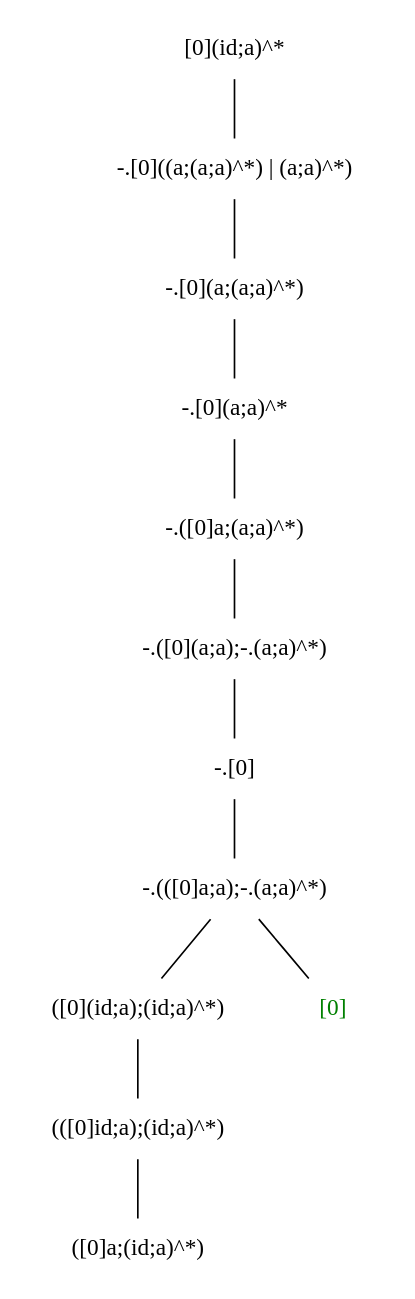
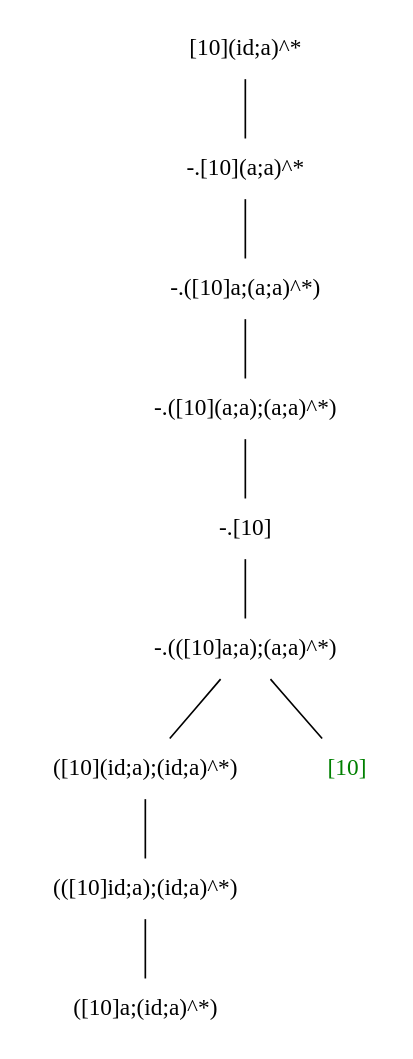
Before and after one commit to jangreen/rat: the diagram in dnf.dot, drawn with Graphviz. The commit also changed 15 other files, not shown here.

```diff
--- a/dnf.dot
+++ b/dnf.dot
@@ -1,26 +1,22 @@
 graph {
 node[shape="plaintext"]
-N0x7fdc50804178[label="[0](id;a)^*"];
-N0x7fdc508041e8[label="-.[0]((a;(a;a)^*) | (a;a)^*)"];
-N0x7fdc50804338[label="-.[0](a;(a;a)^*)"];
-N0x7fdc508043a8[label="-.[0](a;a)^*"];
-N0x7fdc50804568[label="-.([0]a;(a;a)^*)"];
-N0x7fdc50804798[label="-.([0](a;a);-.(a;a)^*)"];
-N0x7fdc50804808[label="-.[0]"];
-N0x7fdc50804a38[label="-.(([0]a;a);-.(a;a)^*)"];
-N0x7fdc50804c68[label="([0](id;a);(id;a)^*)"];
-N0x7fdc50804f08[label="(([0]id;a);(id;a)^*)"];
-N0x7fdc50805058[label="([0]a;(id;a)^*)"];
-N0x7fdc50804f08 -- N0x7fdc50805058;
-N0x7fdc50804c68 -- N0x7fdc50804f08;
-N0x7fdc50804a38 -- N0x7fdc50804c68;
-N0x7fdc50804cd8[label="[0]", fontcolor=green];
-N0x7fdc50804a38 -- N0x7fdc50804cd8;
-N0x7fdc50804808 -- N0x7fdc50804a38;
-N0x7fdc50804798 -- N0x7fdc50804808;
-N0x7fdc50804568 -- N0x7fdc50804798;
-N0x7fdc508043a8 -- N0x7fdc50804568;
-N0x7fdc50804338 -- N0x7fdc508043a8;
-N0x7fdc508041e8 -- N0x7fdc50804338;
-N0x7fdc50804178 -- N0x7fdc508041e8;
+N0x7fb22472a178[label="[10](id;a)^*"];
+N0x7fb22472a1e8[label="-.[10](a;a)^*"];
+N0x7fb22472a258[label="-.([10]a;(a;a)^*)"];
+N0x7fb22472a488[label="-.([10](a;a);(a;a)^*)"];
+N0x7fb22472a4f8[label="-.[10]"];
+N0x7fb22472a728[label="-.(([10]a;a);(a;a)^*)"];
+N0x7fb22472a958[label="([10](id;a);(id;a)^*)"];
+N0x7fb22472abf8[label="(([10]id;a);(id;a)^*)"];
+N0x7fb22472ad48[label="([10]a;(id;a)^*)"];
+N0x7fb22472abf8 -- N0x7fb22472ad48;
+N0x7fb22472a958 -- N0x7fb22472abf8;
+N0x7fb22472a728 -- N0x7fb22472a958;
+N0x7fb22472a9c8[label="[10]", fontcolor=green];
+N0x7fb22472a728 -- N0x7fb22472a9c8;
+N0x7fb22472a4f8 -- N0x7fb22472a728;
+N0x7fb22472a488 -- N0x7fb22472a4f8;
+N0x7fb22472a258 -- N0x7fb22472a488;
+N0x7fb22472a1e8 -- N0x7fb22472a258;
+N0x7fb22472a178 -- N0x7fb22472a1e8;
 }
```
